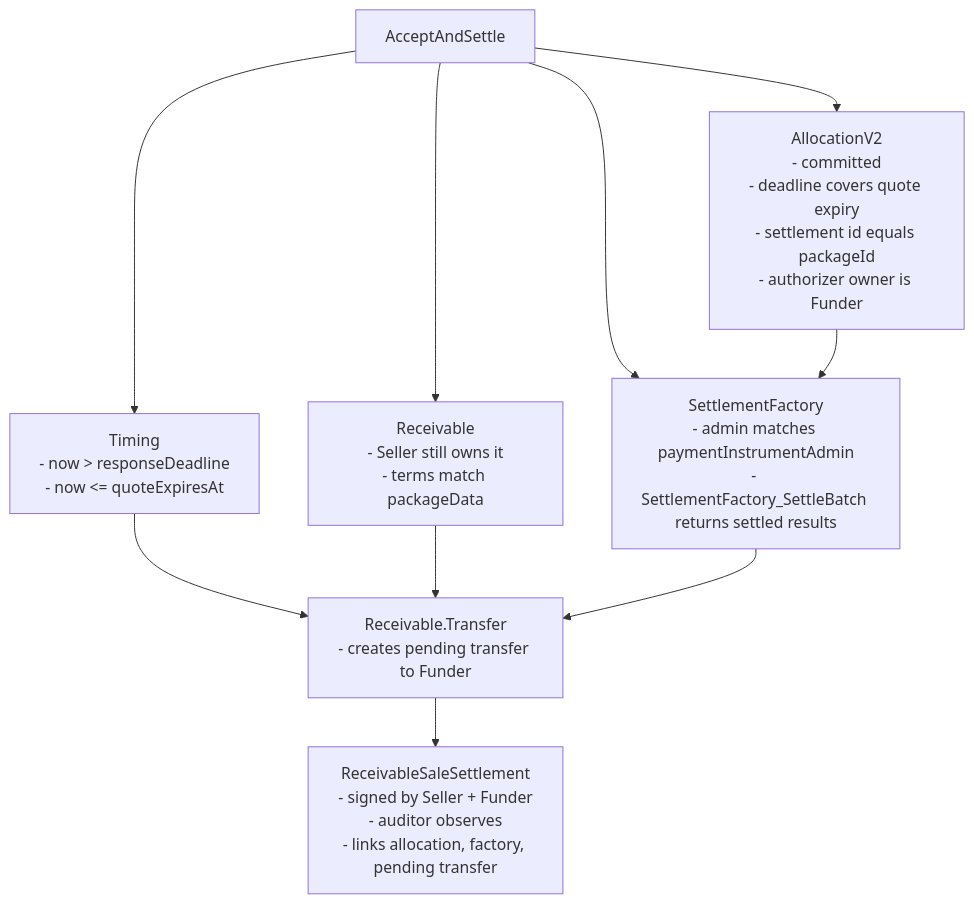
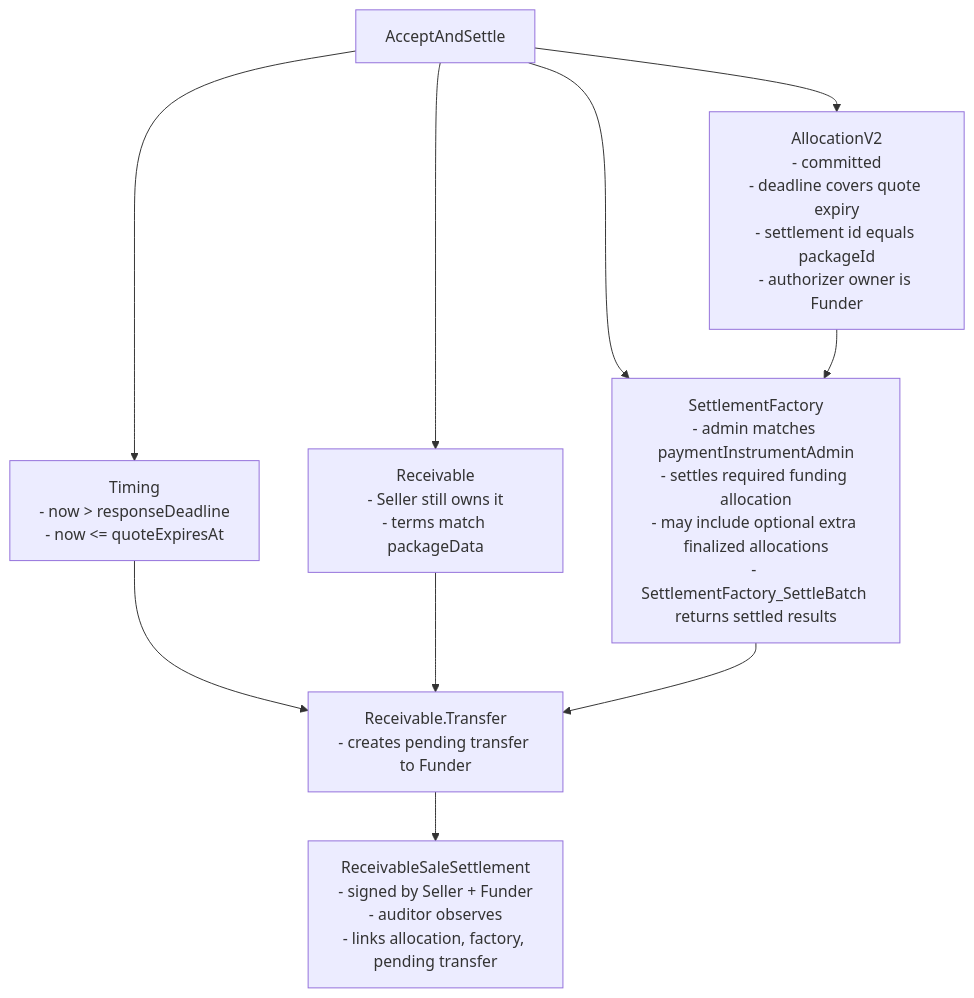
One commit to no-witness-labs/canton-hackathon-cloakRFQ changed the seventh of 10 diagrams in docs/technical-design/005-workflow-diagrams.md. Above: the diagram before and after it, drawn with Mermaid. The commit also changed other lines of this file and 6 other files, not shown here.

````diff
--- a/docs/technical-design/005-workflow-diagrams.md
+++ b/docs/technical-design/005-workflow-diagrams.md
@@ -157,21 +157,21 @@
 ```mermaid
 flowchart TD
     Accept["AcceptAndSettle"]
 
     Time["Timing<br/>- now > responseDeadline<br/>- now <= quoteExpiresAt"]
     Rcv["Receivable<br/>- Seller still owns it<br/>- terms match packageData"]
     Alloc["AllocationV2<br/>- committed<br/>- deadline covers quote expiry<br/>- settlement id equals packageId<br/>- authorizer owner is Funder"]
-    Factory["SettlementFactory<br/>- admin matches paymentInstrumentAdmin<br/>- SettlementFactory_SettleBatch returns settled results"]
+    Factory["SettlementFactory<br/>- admin matches paymentInstrumentAdmin<br/>- settles required funding allocation<br/>- may include optional extra finalized allocations<br/>- SettlementFactory_SettleBatch returns settled results"]
     Transfer["Receivable.Transfer<br/>- creates pending transfer to Funder"]
     Evidence["ReceivableSaleSettlement<br/>- signed by Seller + Funder<br/>- auditor observes<br/>- links allocation, factory, pending transfer"]
 
     Accept --> Time
     Accept --> Rcv
     Accept --> Alloc
     Accept --> Factory
     Time --> Transfer
     Rcv --> Transfer
     Alloc --> Factory
     Factory --> Transfer
     Transfer --> Evidence
 ```
````
